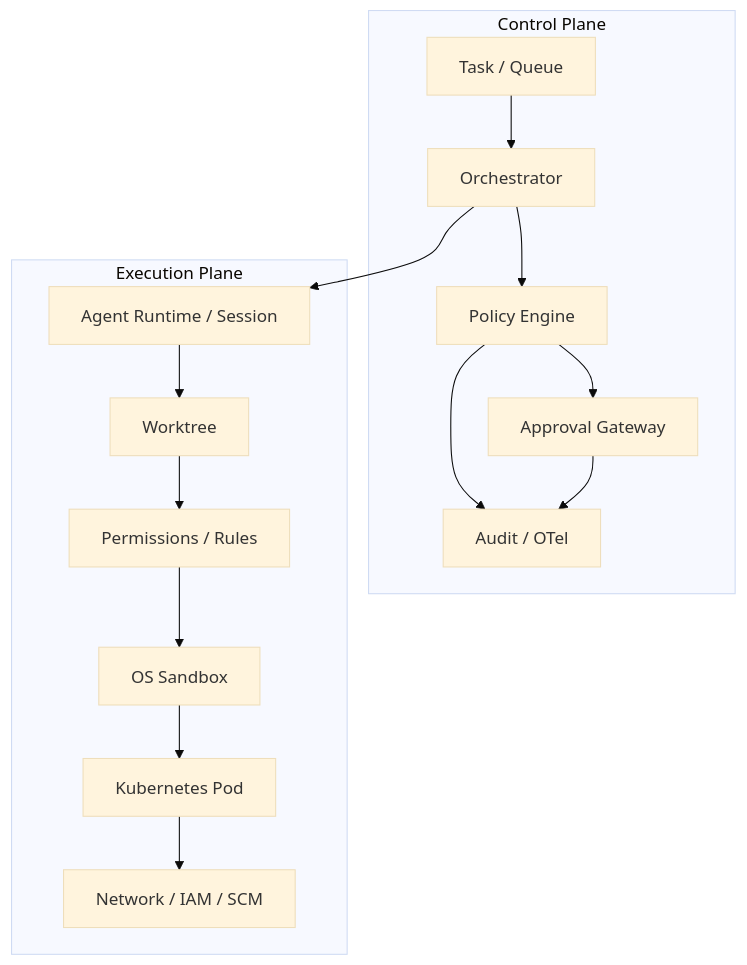
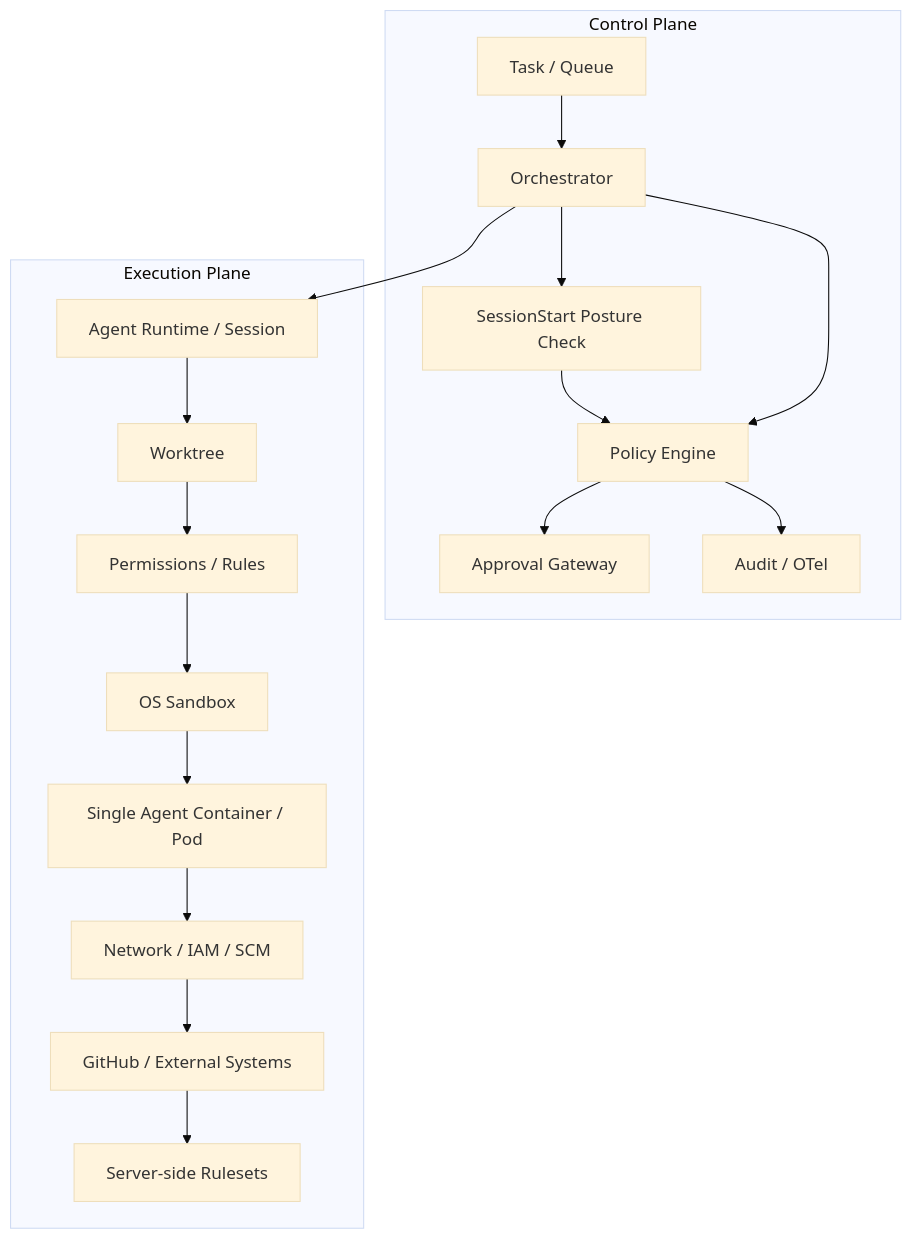
The first of 4 diagrams in docs/ja/01-architecture.md (tomo-chan/agent-harness), drawn with Mermaid (base theme) before and after one commit. The commit also changed other lines of this file, not shown here.

Commit message:
docs: Posture-awareな簡素構成を日本語Architectureへ反映

````diff
--- a/docs/ja/01-architecture.md
+++ b/docs/ja/01-architecture.md
@@ -13,20 +11,23 @@
 ```mermaid
 flowchart TB
     subgraph CP[Control Plane]
         T[Task / Queue] --> O[Orchestrator]
-        O --> P[Policy Engine]
+        O --> SS[SessionStart Posture Check]
+        SS --> P[Policy Engine]
+        O --> P
         P --> A[Approval Gateway]
         P --> OT[Audit / OTel]
-        A --> OT
     end
 
     subgraph EP[Execution Plane]
         R[Agent Runtime / Session] --> W[Worktree]
         W --> PR[Permissions / Rules]
         PR --> S[OS Sandbox]
-        S --> K[Kubernetes Pod]
+        S --> K[Single Agent Container / Pod]
         K --> N[Network / IAM / SCM]
+        N --> GH[GitHub / External Systems]
+        GH --> RS[Server-side Rulesets]
     end
 
     O --> R
 ```
````
